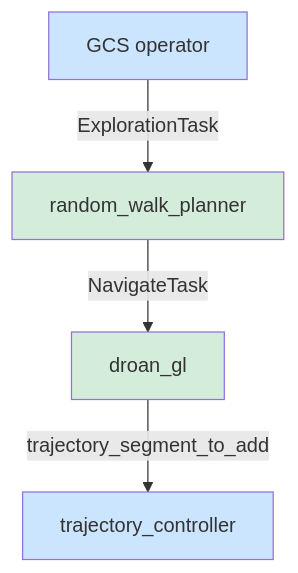
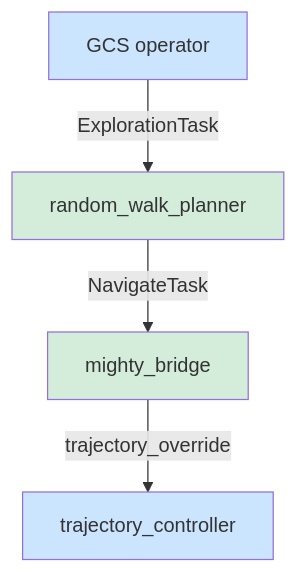
One commit to castacks/AirStack changed the third of 7 diagrams in docs/robot/autonomy/system_architecture.md. Above: the diagram before and after it, drawn with Mermaid. The commit also changed other lines of this file and 143 other files, not shown here.

````diff
--- a/docs/robot/autonomy/system_architecture.md
+++ b/docs/robot/autonomy/system_architecture.md
@@ -77,11 +77,11 @@
 ```mermaid
 graph TD
     GCS[GCS operator] -->|ExplorationTask| RW[random_walk_planner]
-    RW -->|NavigateTask| DG[droan_gl]
-    DG -->|trajectory_segment_to_add| TC[trajectory_controller]
+    RW -->|NavigateTask| LP[mighty_bridge]
+    LP -->|trajectory_override| TC[trajectory_controller]
 
     style GCS fill:#cce5ff
     style TC fill:#cce5ff
     style RW fill:#d4edda
-    style DG fill:#d4edda
+    style LP fill:#d4edda
 ```
````
